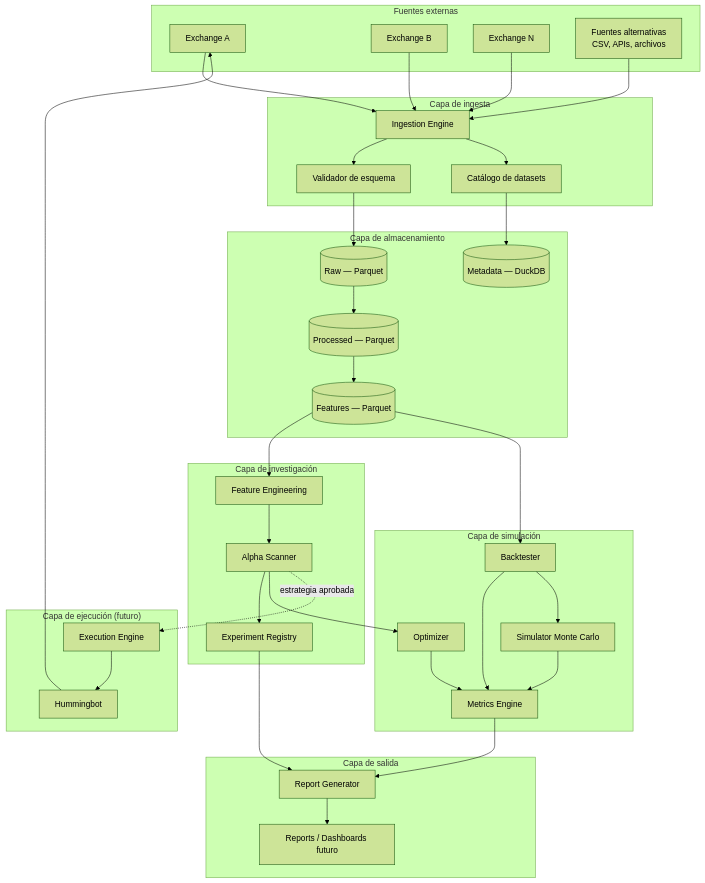
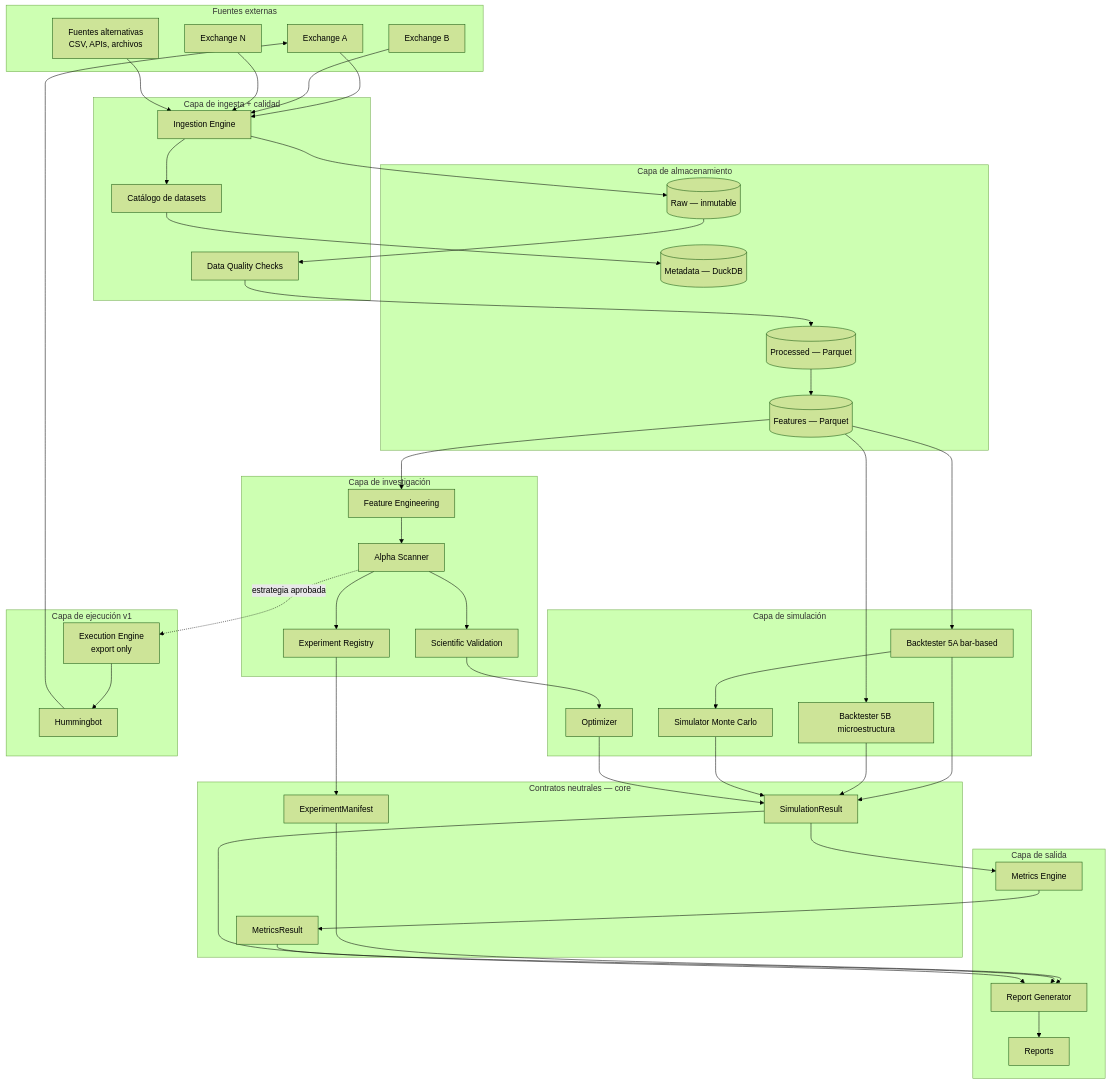
The first of 9 diagrams in docs/Diagrama.md (ssciarratta/QuantLab), drawn with Mermaid (forest theme) before and after one commit. The commit also changed other lines of this file and 171 other files, not shown here.

````diff
--- a/docs/Diagrama.md
+++ b/docs/Diagrama.md
@@ -9,61 +9,71 @@
 ```mermaid
 flowchart TB
     subgraph External["Fuentes externas"]
         EX1[Exchange A]
         EX2[Exchange B]
         EXN[Exchange N]
         ALT[Fuentes alternativas<br/>CSV, APIs, archivos]
     end
 
-    subgraph Ingestion["Capa de ingesta"]
+    subgraph Ingestion["Capa de ingesta + calidad"]
         ING[Ingestion Engine]
-        VAL[Validador de esquema]
+        DQ[Data Quality Checks]
         CAT[Catálogo de datasets]
     end
 
     subgraph Storage["Capa de almacenamiento"]
-        RAW[(Raw — Parquet)]
+        RAW[(Raw — inmutable)]
         PROC[(Processed — Parquet)]
         FEAT[(Features — Parquet)]
         META[(Metadata — DuckDB)]
     end
 
     subgraph Research["Capa de investigación"]
         FE[Feature Engineering]
         AS[Alpha Scanner]
         EXP[Experiment Registry]
+        SV[Scientific Validation]
     end
 
     subgraph Simulation["Capa de simulación"]
-        BT[Backtester]
+        BT5A[Backtester 5A bar-based]
+        BT5B[Backtester 5B microestructura]
         SIM[Simulator Monte Carlo]
         OPT[Optimizer]
-        MET[Metrics Engine]
+    end
+
+    subgraph CoreContracts["Contratos neutrales — core"]
+        SR[SimulationResult]
+        EM[ExperimentManifest]
+        MR[MetricsResult]
     end
 
     subgraph Output["Capa de salida"]
+        MET[Metrics Engine]
         REP[Report Generator]
-        RPT[Reports / Dashboards futuro]
+        RPT[Reports]
     end
 
-    subgraph Execution["Capa de ejecución (futuro)"]
-        EE[Execution Engine]
+    subgraph Execution["Capa de ejecución v1"]
+        EE[Execution Engine<br/>export only]
         HB[Hummingbot]
     end
 
     EX1 & EX2 & EXN & ALT --> ING
-    ING --> VAL --> RAW
-    RAW --> PROC --> FEAT
+    ING --> RAW
+    RAW --> DQ --> PROC --> FEAT
     ING --> CAT --> META
     FEAT --> FE --> AS
-    FEAT --> BT
+    FEAT --> BT5A & BT5B
     AS --> EXP
-    BT --> MET
-    SIM --> MET
-    OPT --> MET
-    MET --> REP --> RPT
-    AS --> OPT
-    BT --> SIM
-    EXP --> REP
+    BT5A & BT5B --> SR
+    SIM --> SR
+    OPT --> SR
+    SR --> MET --> MR
+    EM & MR & SR --> REP --> RPT
+    AS --> SV
+    SV --> OPT
+    BT5A --> SIM
+    EXP --> EM
     AS -.->|estrategia aprobada| EE --> HB --> EX1
 ```
````
